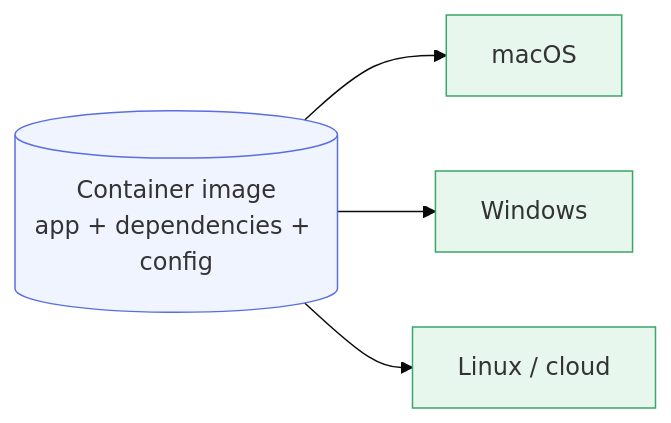
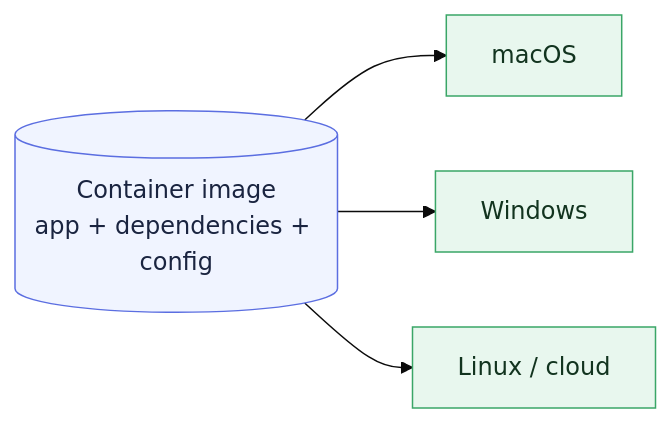
The first of 2 diagrams in chapter_1/l1/README.md (LinkedInLearning/docker-for-local-ai-app-development-build-lightweight-containerized-ai-applications-11189001), drawn with Mermaid (base theme) before and after one commit. The commit also changed other lines of this file, not shown here.

Commit message:
testing font color

````diff
--- a/chapter_1/l1/README.md
+++ b/chapter_1/l1/README.md
@@ -79,12 +79,12 @@
 ```mermaid
 flowchart LR
     C[(Container image<br/>app + dependencies + config)] --> M[macOS]
     C --> W[Windows]
     C --> L[Linux / cloud]
 
-    classDef image  fill:#f0f4ff,stroke:#5b6ee1,stroke-width:1px;
-    classDef target fill:#e8f7ee,stroke:#3aa667,stroke-width:1px;
+    classDef image  fill:#f0f4ff,stroke:#5b6ee1,stroke-width:1px,color:#1a2440;
+    classDef target fill:#e8f7ee,stroke:#3aa667,stroke-width:1px,color:#12341f;
 
     class C image
     class M,W,L target
 ```
````
